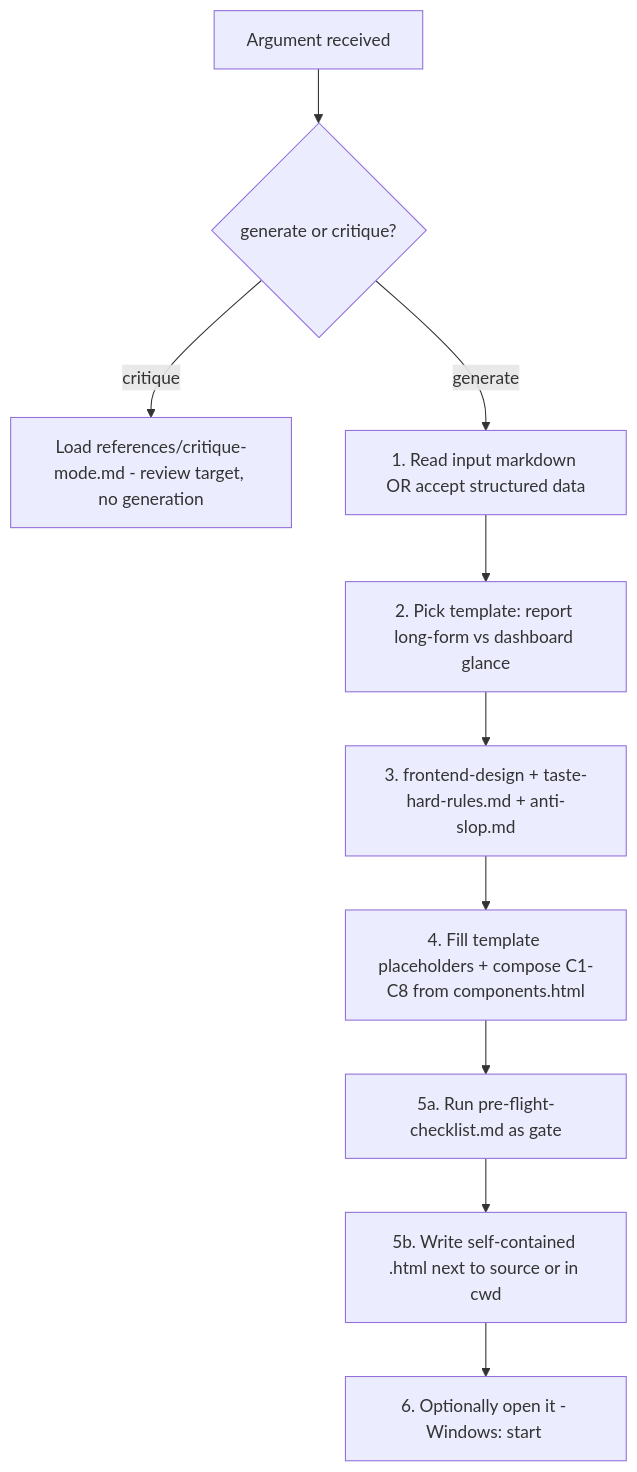
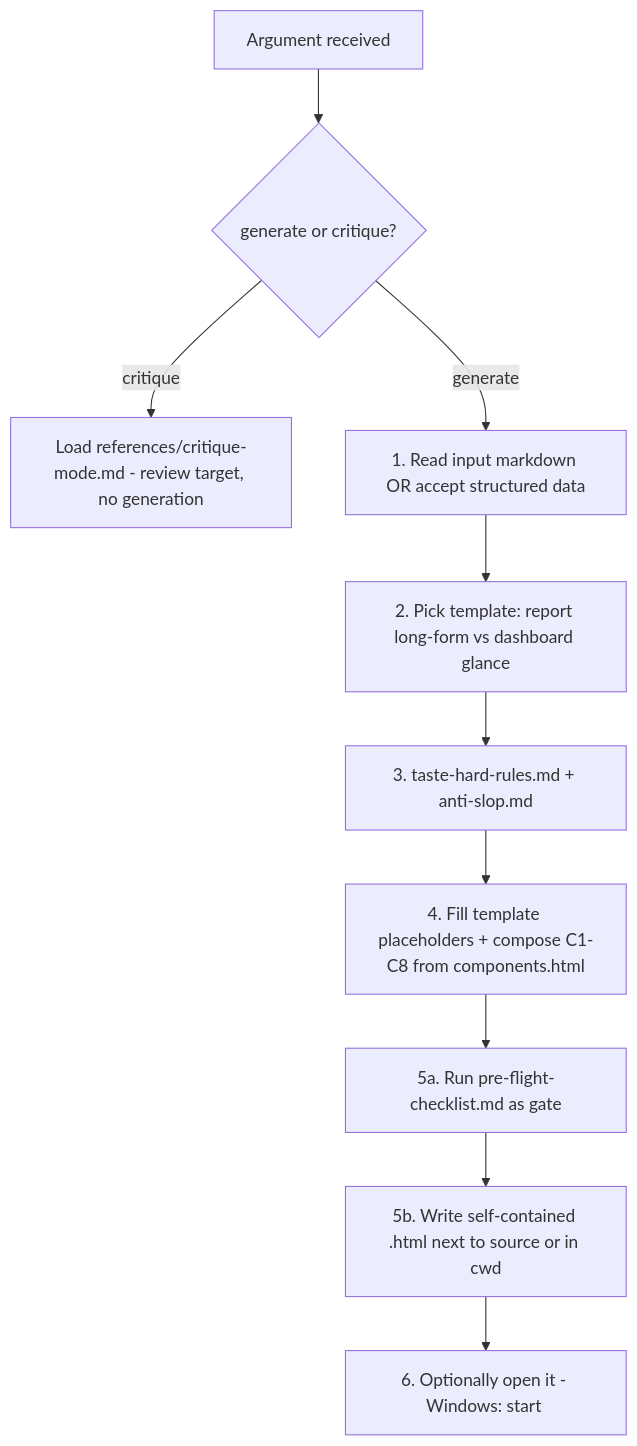
One commit to MaciWP/poneglyph changed the diagram in .claude/skills/html-report/SKILL.md. Above: the diagram before and after it, drawn with Mermaid. The commit also changed other lines of this file and 9 other files, not shown here.

````diff
--- a/.claude/skills/html-report/SKILL.md
+++ b/.claude/skills/html-report/SKILL.md
@@ -58,12 +58,12 @@
 ```mermaid
 graph TD
     A[Argument received] --> M{generate or critique?}
     M -->|critique| K[Load references/critique-mode.md - review target, no generation]
     M -->|generate| B[1. Read input markdown OR accept structured data]
     B --> C[2. Pick template: report long-form vs dashboard glance]
-    C --> D[3. frontend-design + taste-hard-rules.md + anti-slop.md]
+    C --> D[3. taste-hard-rules.md + anti-slop.md]
     D --> E[4. Fill template placeholders + compose C1-C8 from components.html]
     E --> P[5a. Run pre-flight-checklist.md as gate]
     P --> F[5b. Write self-contained .html next to source or in cwd]
     F --> G[6. Optionally open it - Windows: start <file>]
 ```
````
